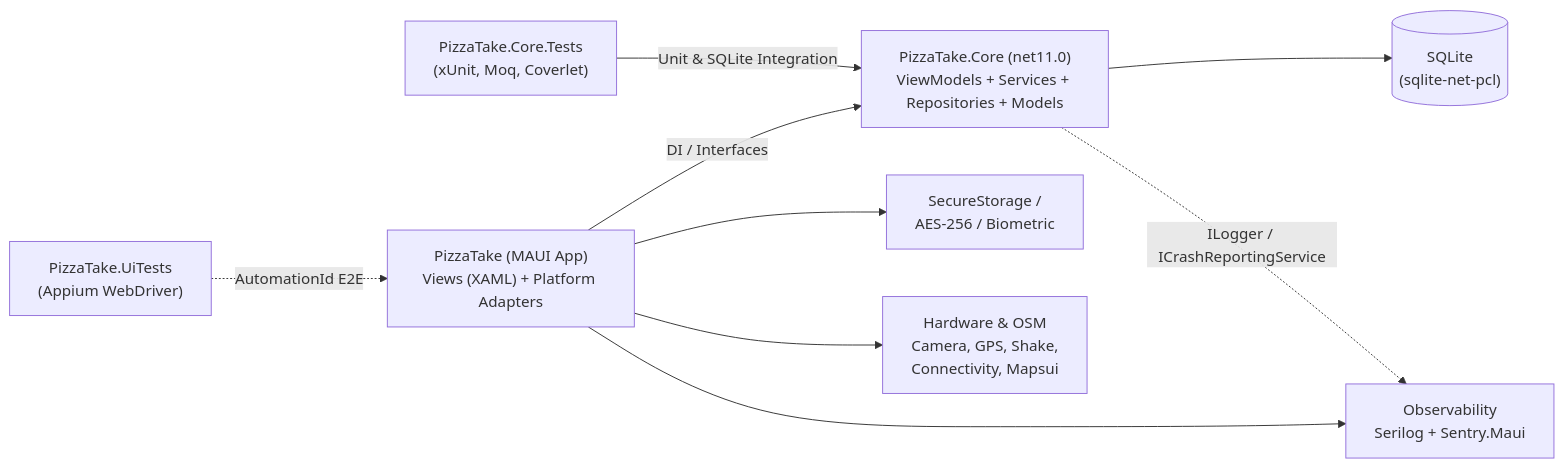
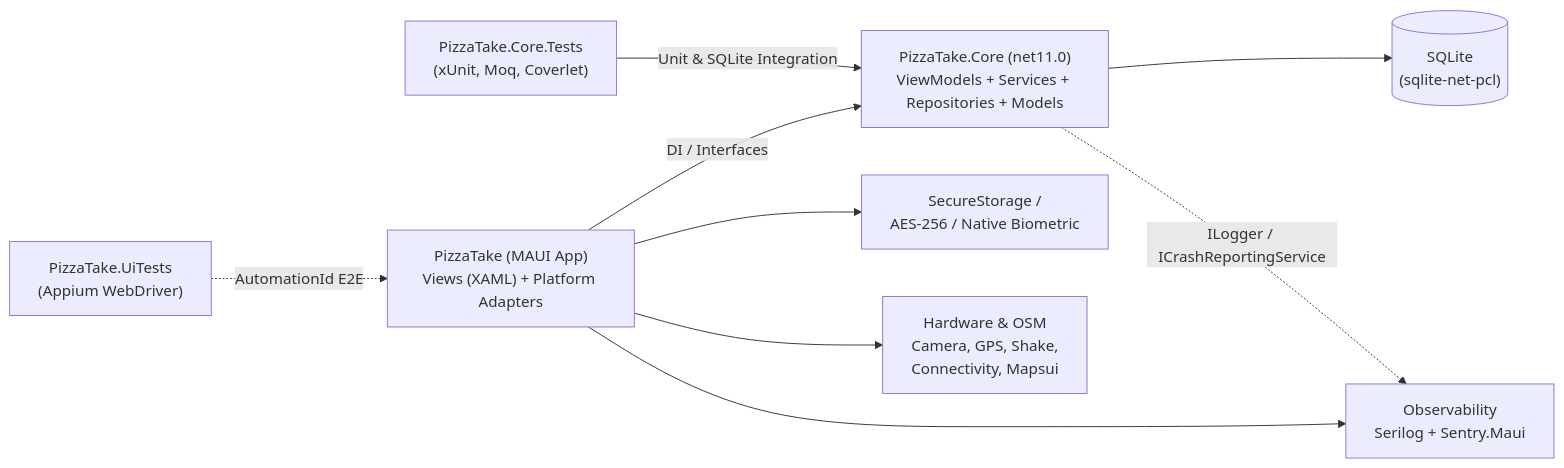
One commit to maksimovim8/PizzaTake changed the first of 2 diagrams in README.md. Above: the diagram before and after it, drawn with Mermaid. The commit also changed other lines of this file, not shown here.

````diff
--- a/README.md
+++ b/README.md
@@ -58,20 +62,20 @@
 ```mermaid
 flowchart LR
     UI["PizzaTake (MAUI App)<br/>Views (XAML) + Platform Adapters"]
     CORE["PizzaTake.Core (net11.0)<br/>ViewModels + Services + Repositories + Models"]
     DB[("SQLite<br/>(sqlite-net-pcl)")]
-    SEC["SecureStorage /<br/>AES-256 / Biometric"]
+    SEC["SecureStorage /<br/>AES-256 / Native Biometric"]
     HW["Hardware & OSM<br/>Camera, GPS, Shake,<br/>Connectivity, Mapsui"]
     OBS["Observability<br/>Serilog + Sentry.Maui"]
     TESTS["PizzaTake.Core.Tests<br/>(xUnit, Moq, Coverlet)"]
     UITEST["PizzaTake.UiTests<br/>(Appium WebDriver)"]
 
     UI -->|"DI / Interfaces"| CORE
     CORE --> DB
     UI --> SEC
     UI --> HW
     UI --> OBS
     CORE -.->|"ILogger / ICrashReportingService"| OBS
     TESTS -->|"Unit & SQLite Integration"| CORE
     UITEST -.->|"AutomationId E2E"| UI
 ```
````
